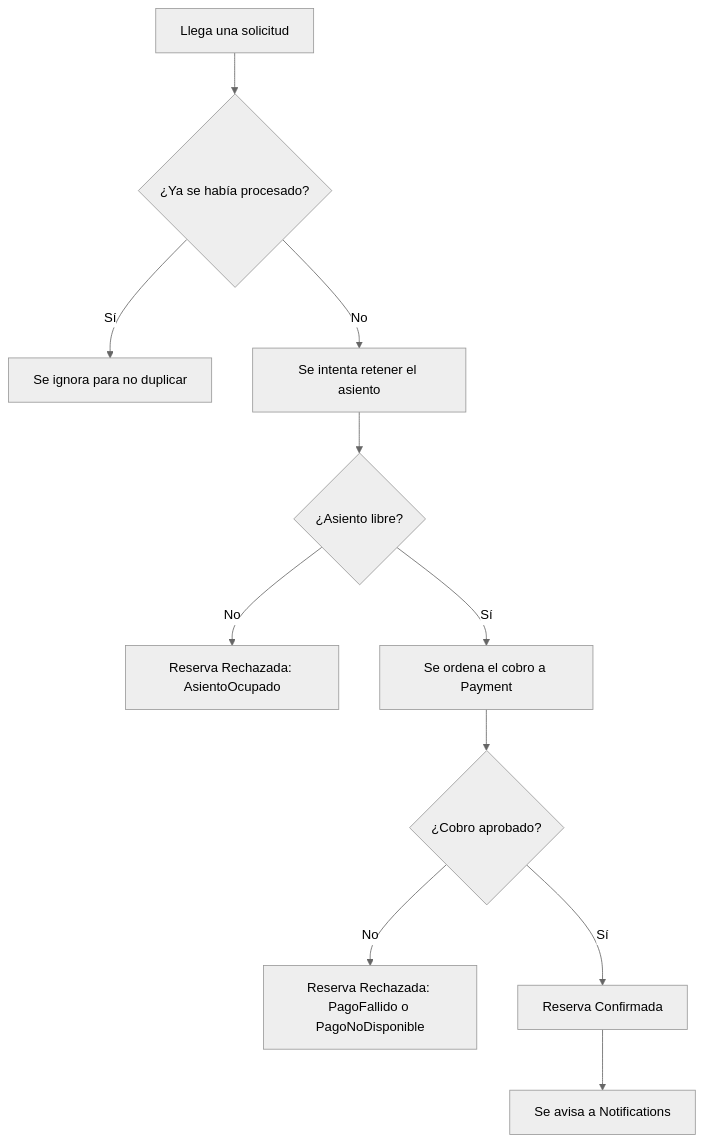
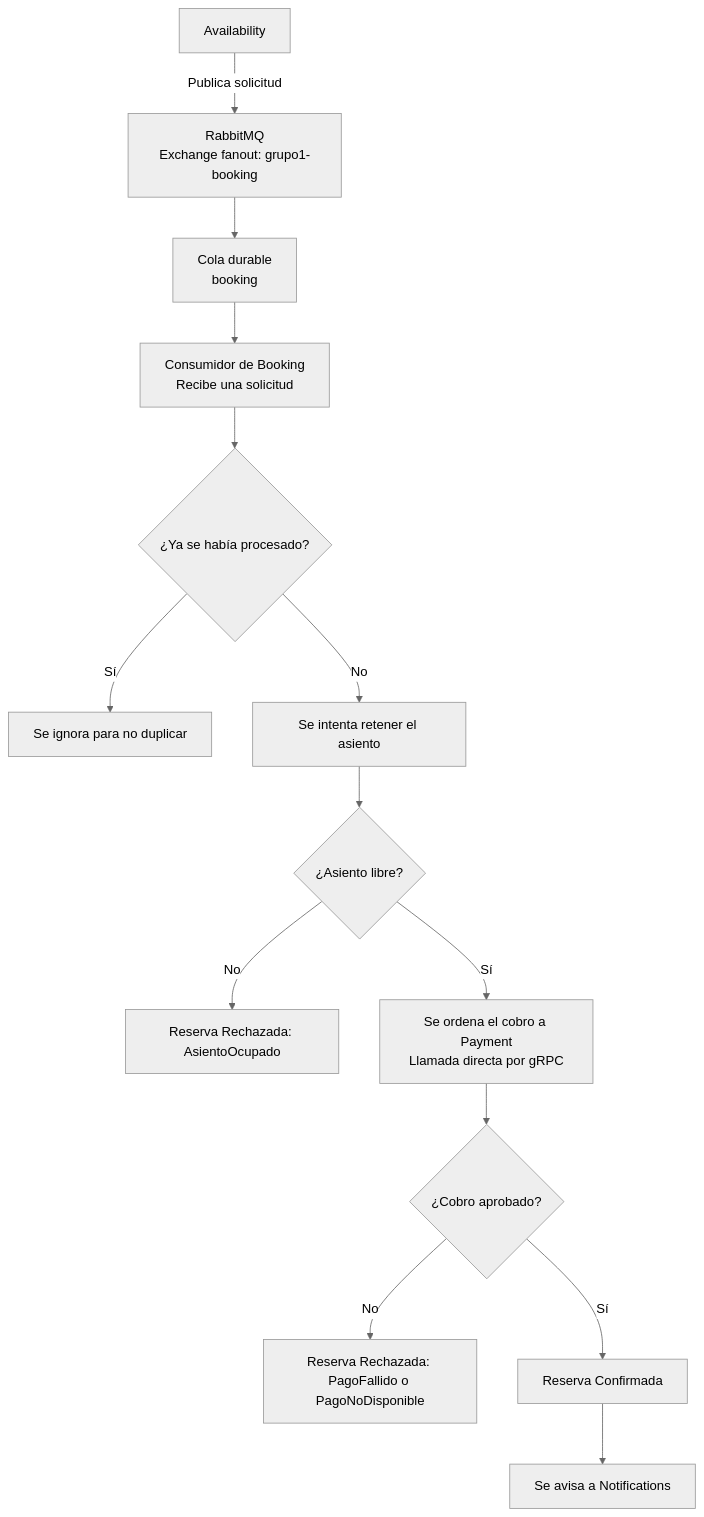
Before and after one commit to IgnacioKobylanski/ProgramacionIV-TP-Grupo-I: the second of 2 diagrams in seat-reservation/docs/arq-booking.md, drawn with Mermaid (neutral theme). The commit also changed other lines of this file and 3 other files, not shown here.

Commit message:
docs: modificación en los diagramas de arquitectura de apis - se modificaron las referencias a los llamados a azure services bus y cambiaron por rabbitmq - modificado archivo de prompts

````diff
--- a/seat-reservation/docs/arq-booking.md
+++ b/seat-reservation/docs/arq-booking.md
@@ -101,13 +105,16 @@
 ```mermaid
 flowchart TD
-    S[Llega una solicitud] --> D{¿Ya se había procesado?}
+    AV["Availability"] -->|"Publica solicitud"| EX["RabbitMQ<br/>Exchange fanout: grupo1-booking"]
+    EX --> QUEUE["Cola durable<br/>booking"]
+    QUEUE --> S["Consumidor de Booking<br/>Recibe una solicitud"]
+    S --> D{¿Ya se había procesado?}
     D -->|Sí| I[Se ignora para no duplicar]
     D -->|No| R[Se intenta retener el asiento]
     R --> O{¿Asiento libre?}
     O -->|No| X1[Reserva Rechazada: AsientoOcupado]
-    O -->|Sí| P[Se ordena el cobro a Payment]
+    O -->|Sí| P["Se ordena el cobro a Payment<br/>Llamada directa por gRPC"]
     P --> Q{¿Cobro aprobado?}
     Q -->|No| X2[Reserva Rechazada: PagoFallido o PagoNoDisponible]
     Q -->|Sí| C[Reserva Confirmada]
     C --> N[Se avisa a Notifications]
 ```
````
